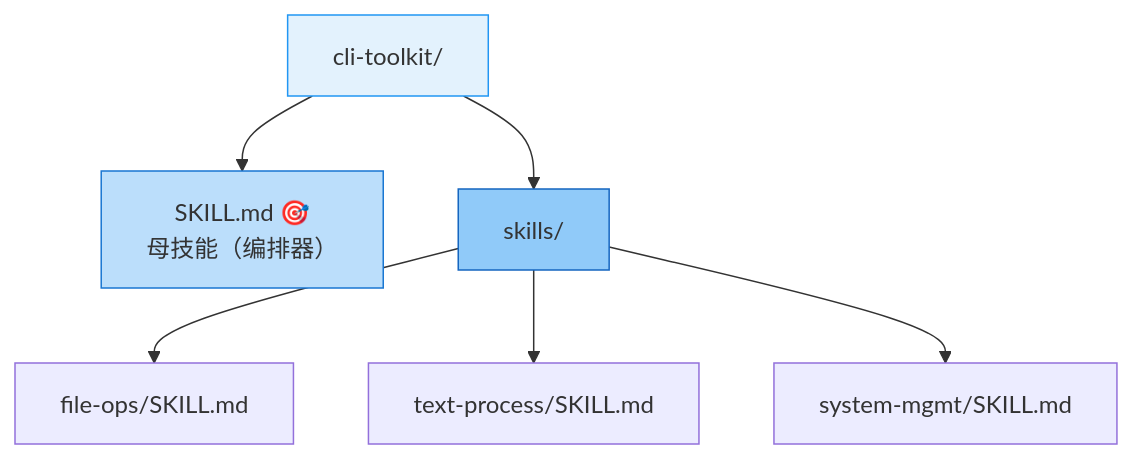
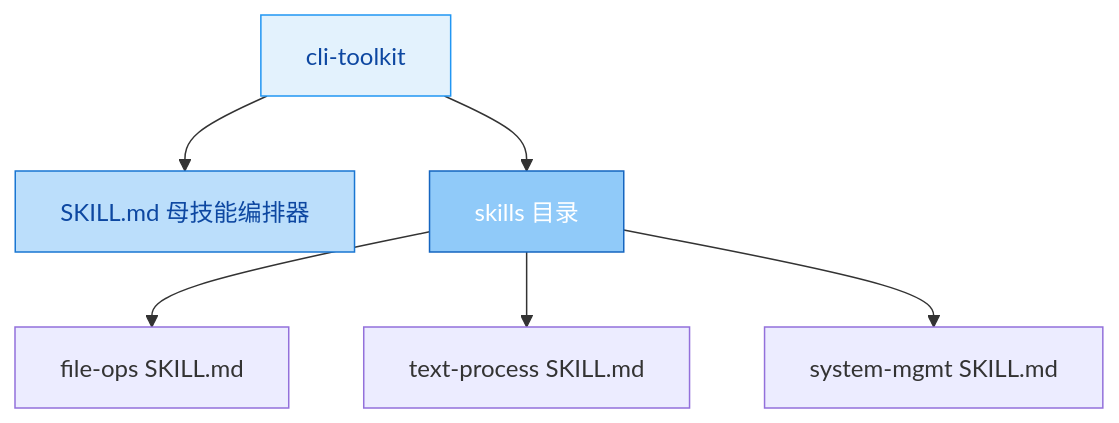
One commit to morning-start/coze-skills changed the eighth of 11 diagrams in skill-factory/SKILL.md. Above: the diagram before and after it, drawn with Mermaid. The commit also changed other lines of this file and 2 other files, not shown here.

First line of the commit message:
feat(skill-factory): 新增researcher阶段并升级版本至v9.0.0

````diff
--- a/skill-factory/SKILL.md
+++ b/skill-factory/SKILL.md
@@ -145,12 +247,12 @@
 ```mermaid
 graph TD
-    A["cli-toolkit/"] --> B["SKILL.md 🎯<br/>母技能（编排器）"]
-    A --> C["skills/"]
-    C --> D["file-ops/SKILL.md"]
-    C --> E["text-process/SKILL.md"]
-    C --> F["system-mgmt/SKILL.md"]
+    A[cli-toolkit] --> B[SKILL.md 母技能编排器]
+    A --> C[skills 目录]
+    C --> D[file-ops SKILL.md]
+    C --> E[text-process SKILL.md]
+    C --> F[system-mgmt SKILL.md]
     
-    style A fill:#e3f2fd,stroke:#2196f3
-    style B fill:#bbdefb,stroke:#1976d2
-    style C fill:#90caf9,stroke:#1565c0
+    style A fill:#e3f2fd,stroke:#2196f3,color:#0d47a1
+    style B fill:#bbdefb,stroke:#1976d2,color:#0d47a1
+    style C fill:#90caf9,stroke:#1565c0,color:#ffffff
 ```
````
